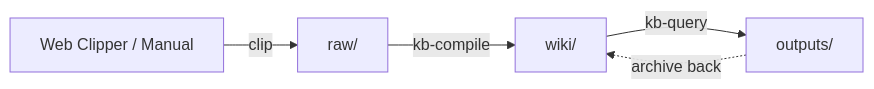
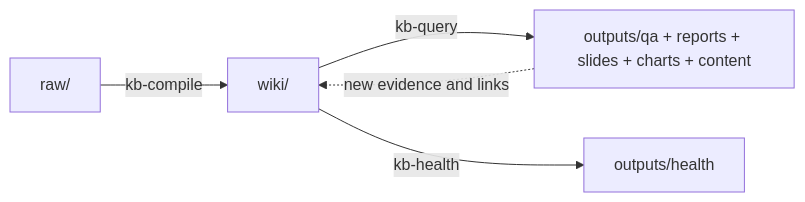
Before and after one commit to bahayonghang/obsidian-notes-karpathy: the diagram in README.md, drawn with Mermaid. The commit also changed other lines of this file and 39 other files, not shown here.

````diff
--- a/README.md
+++ b/README.md
@@ -23,7 +35,7 @@
 ```mermaid
 graph LR
-    A[Web Clipper / Manual] -->|clip| B[raw/]
-    B -->|kb-compile| C[wiki/]
-    C -->|kb-query| D[outputs/]
-    D -.->|archive back| C
+    A[raw/] -->|kb-compile| B[wiki/]
+    B -->|kb-query| C[outputs/qa + reports + slides + charts + content]
+    B -->|kb-health| D[outputs/health]
+    C -.->|new evidence and links| B
 ```
````
